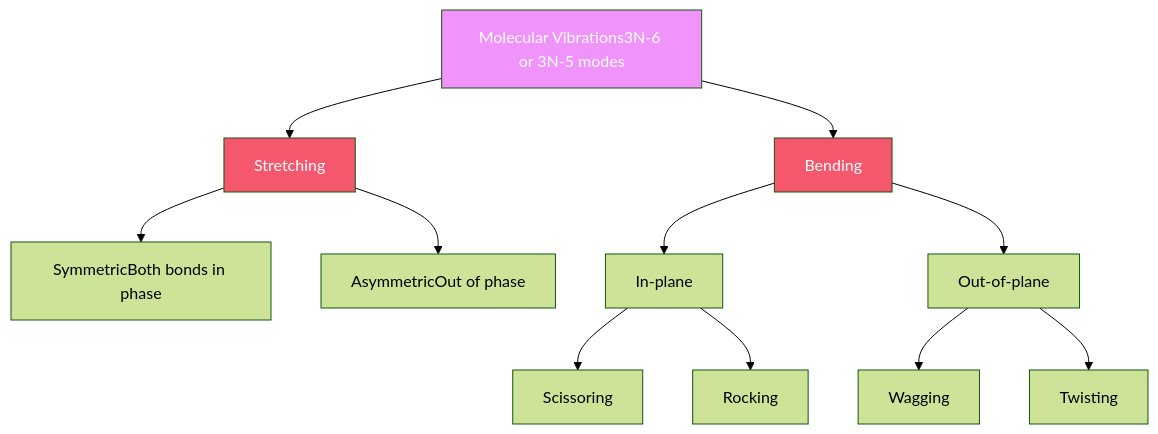
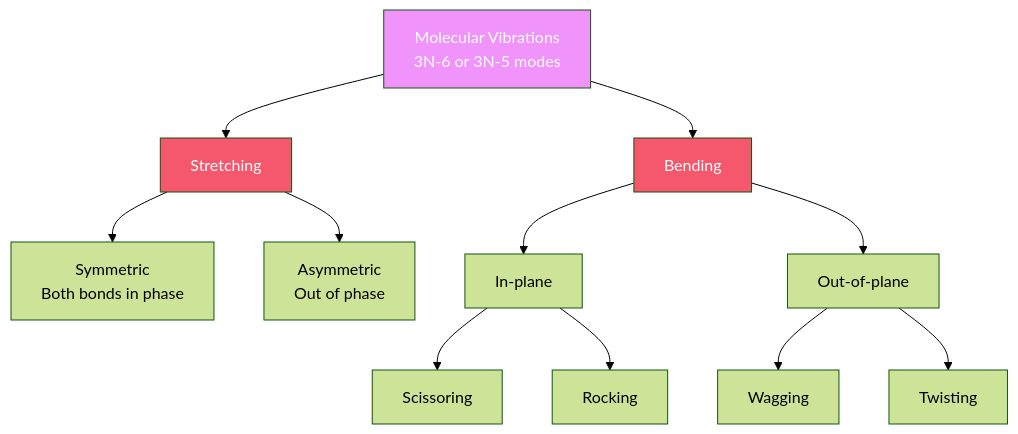
One commit to YusukeHashimotoLab/AI-Knowledge-Notes changed the diagram in knowledge/en/MS/spectroscopy-introduction/chapter-3.md. Above: the diagram before and after it, drawn with Mermaid (forest theme). The commit also changed other lines of this file and 723 other files, not shown here.

````diff
--- a/knowledge/en/MS/spectroscopy-introduction/chapter-3.md
+++ b/knowledge/en/MS/spectroscopy-introduction/chapter-3.md
@@ -147,21 +163,21 @@
     ```mermaid
     flowchart TB
-        A[Molecular Vibrations3N-6 or 3N-5 modes] --> B[Stretching]
+        A[Molecular Vibrations<br/>3N-6 or 3N-5 modes] --> B[Stretching]
         A --> C[Bending]
     
-        B --> D[SymmetricBoth bonds in phase]
-        B --> E[AsymmetricOut of phase]
+        B --> D[Symmetric<br/>Both bonds in phase]
+        B --> E[Asymmetric<br/>Out of phase]
     
         C --> F[In-plane]
         C --> G[Out-of-plane]
     
         F --> H[Scissoring]
         F --> I[Rocking]
     
         G --> J[Wagging]
         G --> K[Twisting]
     
         style A fill:#f093fb,color:#fff
         style B fill:#f5576c,color:#fff
         style C fill:#f5576c,color:#fff
     ```
````
